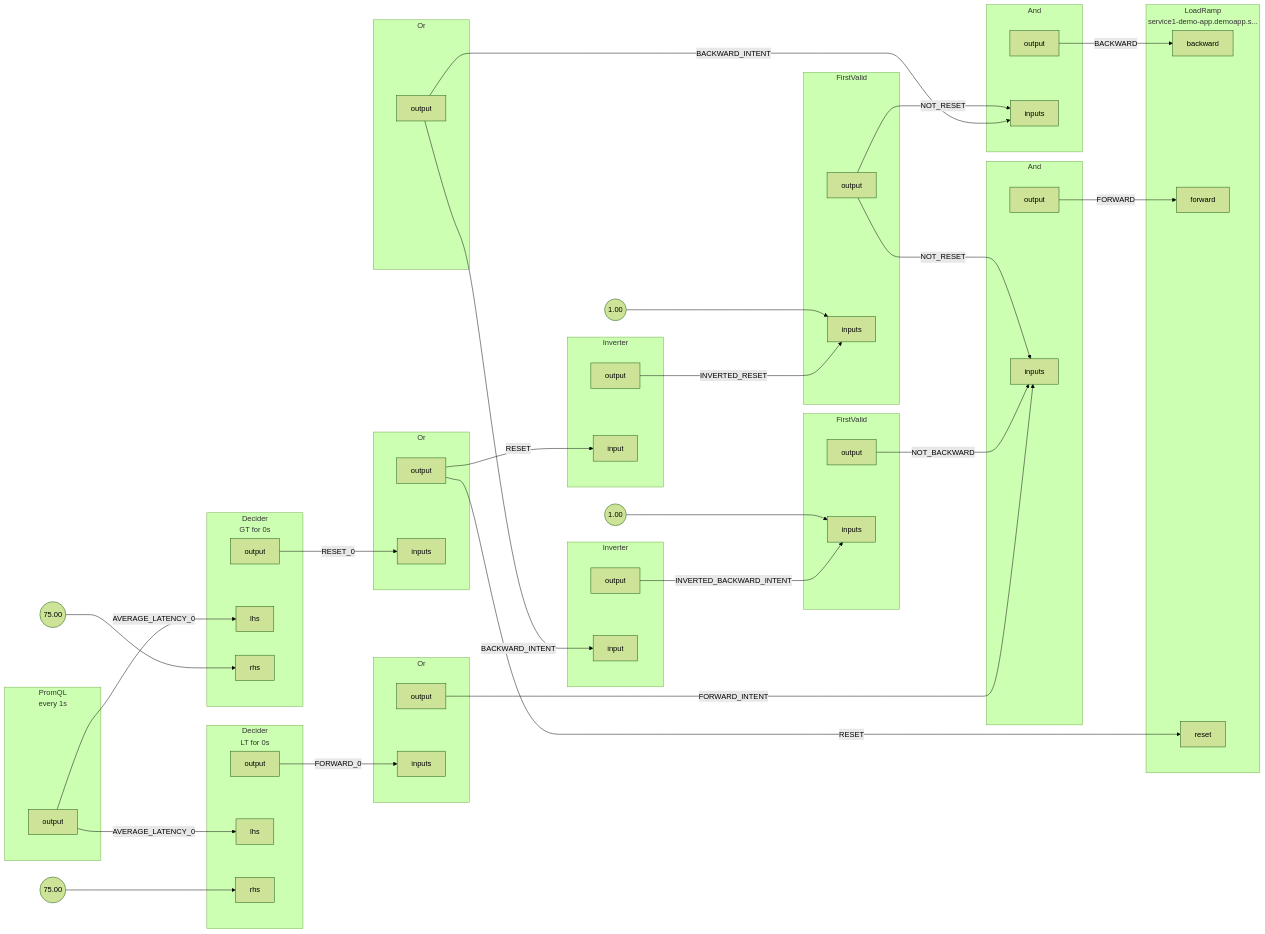
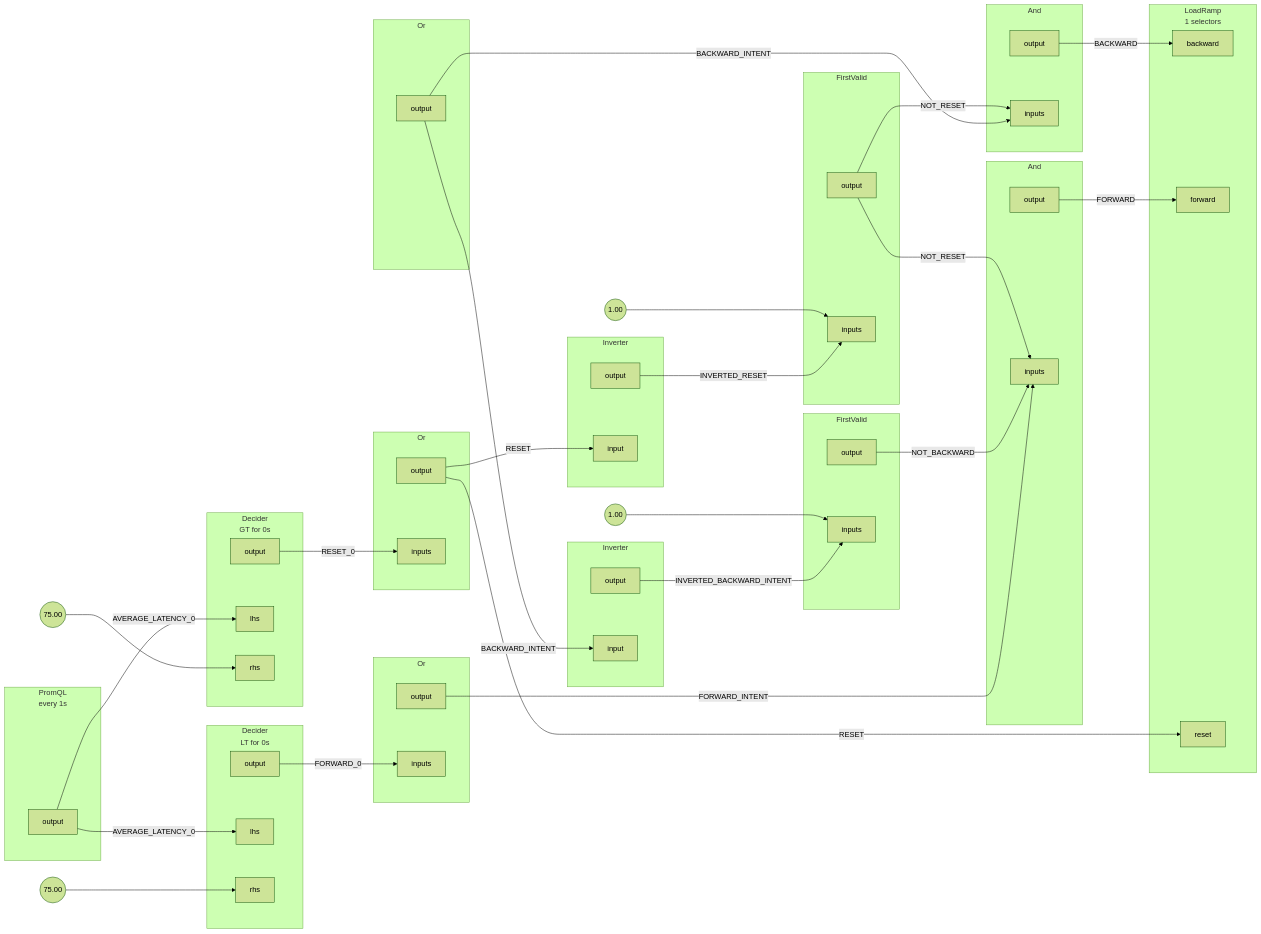
Before and after one commit to dataongunlaws/aperture: the diagram in docs/content/tutorials/flow-control/feature-rollout/assets/with-average-latency-feedback/graph.mmd, drawn with Mermaid (forest theme). The commit also changed 199 other files, not shown here.

```diff
--- a/docs/content/tutorials/flow-control/feature-rollout/assets/with-average-latency-feedback/graph.mmd
+++ b/docs/content/tutorials/flow-control/feature-rollout/assets/with-average-latency-feedback/graph.mmd
@@ -1,152 +1,152 @@
 flowchart LR
 subgraph root.0[<center>PromQL<br/>every 1s</center>]
 subgraph root.0_outports[ ]
 style root.0_outports fill:none,stroke:none
 root.0output[output]
 end
 end
 subgraph root.1[<center>Decider<br/>LT for 0s</center>]
 subgraph root.1_inports[ ]
 style root.1_inports fill:none,stroke:none
 root.1lhs[lhs]
 root.1rhs[rhs]
 end
 subgraph root.1_outports[ ]
 style root.1_outports fill:none,stroke:none
 root.1output[output]
 end
 end
 subgraph root.10[And]
 subgraph root.10_inports[ ]
 style root.10_inports fill:none,stroke:none
 root.10inputs[inputs]
 root.10inputs[inputs]
 root.10inputs[inputs]
 end
 subgraph root.10_outports[ ]
 style root.10_outports fill:none,stroke:none
 root.10output[output]
 end
 end
 subgraph root.11[And]
 subgraph root.11_inports[ ]
 style root.11_inports fill:none,stroke:none
 root.11inputs[inputs]
 root.11inputs[inputs]
 end
 subgraph root.11_outports[ ]
 style root.11_outports fill:none,stroke:none
 root.11output[output]
 end
 end
-subgraph root.12[<center>LoadRamp<br/>service1-demo-app.demoapp.s...</center>]
+subgraph root.12[<center>LoadRamp<br/>1 selectors</center>]
 subgraph root.12_inports[ ]
 style root.12_inports fill:none,stroke:none
 root.12backward[backward]
 root.12forward[forward]
 root.12reset[reset]
 end
 end
 root.1_rhs_FakeConstantout((75.00))
 subgraph root.2[<center>Decider<br/>GT for 0s</center>]
 subgraph root.2_inports[ ]
 style root.2_inports fill:none,stroke:none
 root.2lhs[lhs]
 root.2rhs[rhs]
 end
 subgraph root.2_outports[ ]
 style root.2_outports fill:none,stroke:none
 root.2output[output]
 end
 end
 root.2_rhs_FakeConstantout((75.00))
 subgraph root.3[Or]
 subgraph root.3_inports[ ]
 style root.3_inports fill:none,stroke:none
 root.3inputs[inputs]
 end
 subgraph root.3_outports[ ]
 style root.3_outports fill:none,stroke:none
 root.3output[output]
 end
 end
 subgraph root.4[Or]
 subgraph root.4_outports[ ]
 style root.4_outports fill:none,stroke:none
 root.4output[output]
 end
 end
 subgraph root.5[Or]
 subgraph root.5_inports[ ]
 style root.5_inports fill:none,stroke:none
 root.5inputs[inputs]
 end
 subgraph root.5_outports[ ]
 style root.5_outports fill:none,stroke:none
 root.5output[output]
 end
 end
 subgraph root.6[Inverter]
 subgraph root.6_inports[ ]
 style root.6_inports fill:none,stroke:none
 root.6input[input]
 end
 subgraph root.6_outports[ ]
 style root.6_outports fill:none,stroke:none
 root.6output[output]
 end
 end
 subgraph root.7[FirstValid]
 subgraph root.7_inports[ ]
 style root.7_inports fill:none,stroke:none
 root.7inputs[inputs]
 root.7inputs[inputs]
 end
 subgraph root.7_outports[ ]
 style root.7_outports fill:none,stroke:none
 root.7output[output]
 end
 end
 root.7_inputs_FakeConstantout((1.00))
 subgraph root.8[Inverter]
 subgraph root.8_inports[ ]
 style root.8_inports fill:none,stroke:none
 root.8input[input]
 end
 subgraph root.8_outports[ ]
 style root.8_outports fill:none,stroke:none
 root.8output[output]
 end
 end
 subgraph root.9[FirstValid]
 subgraph root.9_inports[ ]
 style root.9_inports fill:none,stroke:none
 root.9inputs[inputs]
 root.9inputs[inputs]
 end
 subgraph root.9_outports[ ]
 style root.9_outports fill:none,stroke:none
 root.9output[output]
 end
 end
 root.9_inputs_FakeConstantout((1.00))
 root.0output --> |AVERAGE_LATENCY_0| root.1lhs
 root.0output --> |AVERAGE_LATENCY_0| root.2lhs
 root.10output --> |FORWARD| root.12forward
 root.11output --> |BACKWARD| root.12backward
 root.1output --> |FORWARD_0| root.3inputs
 root.1_rhs_FakeConstantout --> root.1rhs
 root.2output --> |RESET_0| root.5inputs
 root.2_rhs_FakeConstantout --> root.2rhs
 root.3output --> |FORWARD_INTENT| root.10inputs
 root.4output --> |BACKWARD_INTENT| root.11inputs
 root.4output --> |BACKWARD_INTENT| root.6input
 root.5output --> |RESET| root.12reset
 root.5output --> |RESET| root.8input
 root.6output --> |INVERTED_BACKWARD_INTENT| root.7inputs
 root.7_inputs_FakeConstantout --> root.7inputs
 root.7output --> |NOT_BACKWARD| root.10inputs
 root.8output --> |INVERTED_RESET| root.9inputs
 root.9_inputs_FakeConstantout --> root.9inputs
 root.9output --> |NOT_RESET| root.10inputs
 root.9output --> |NOT_RESET| root.11inputs
```
